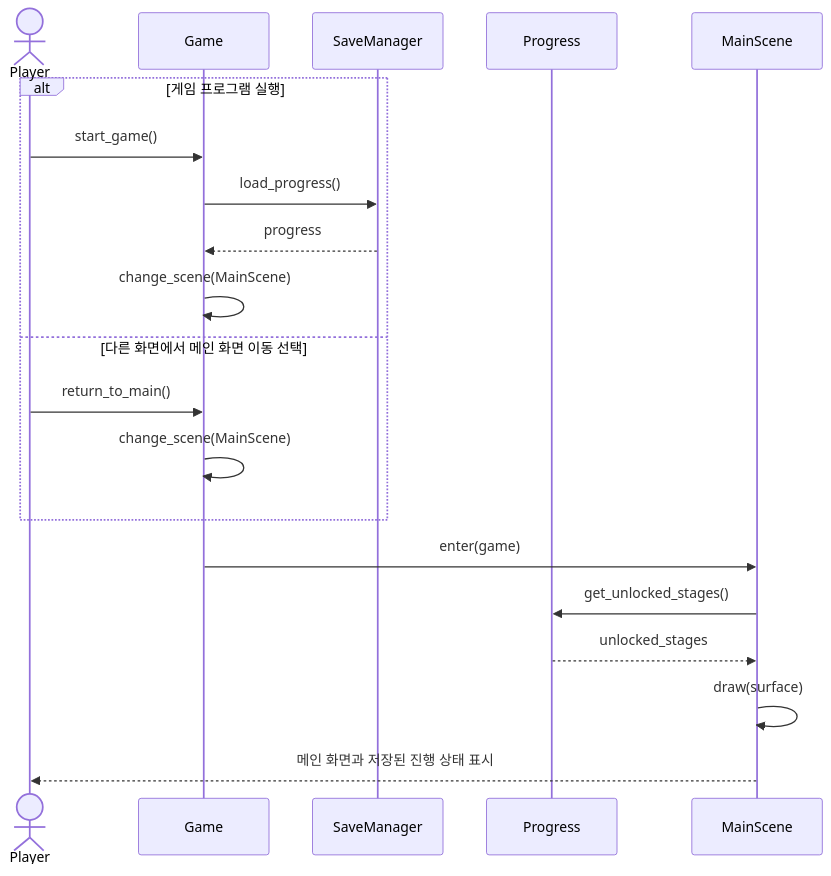
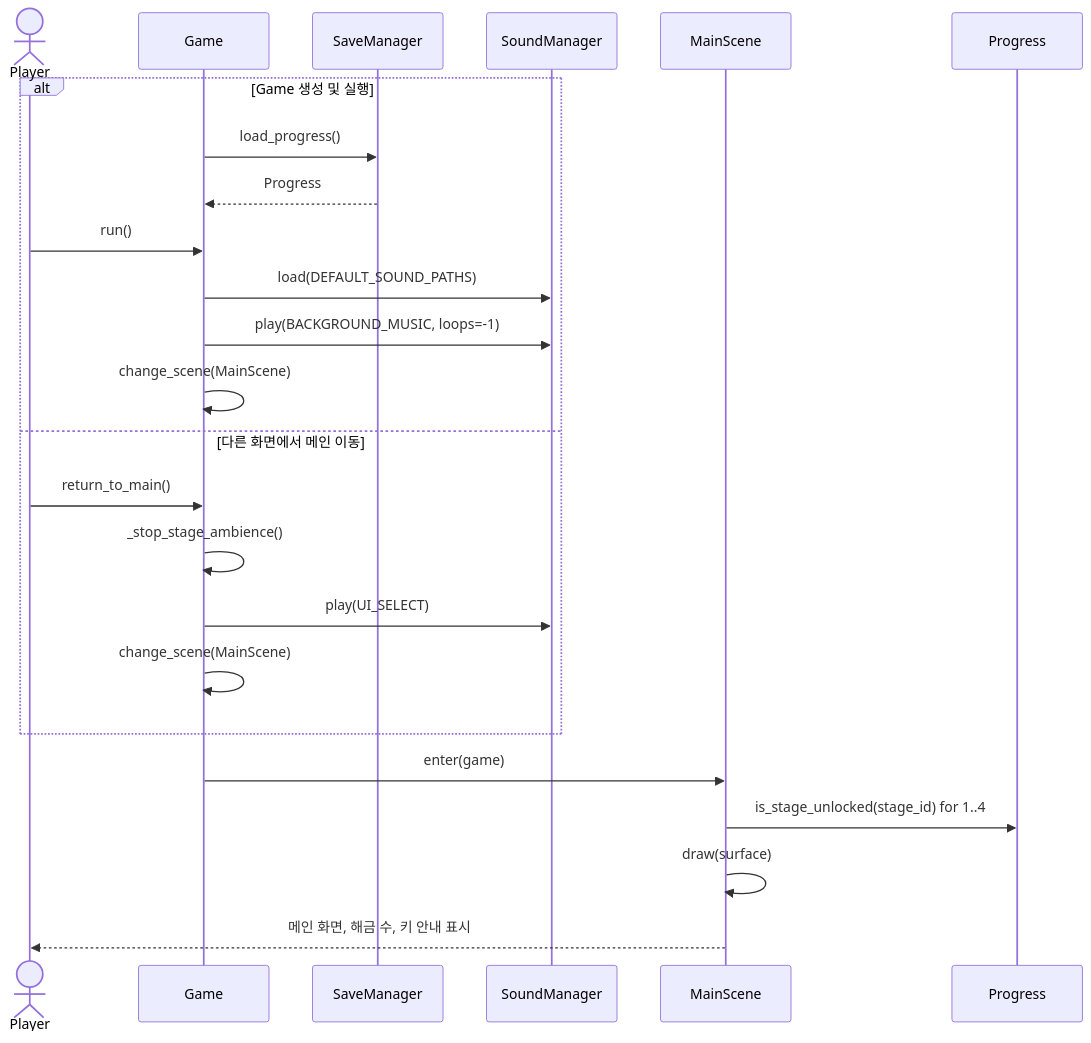
The first of 7 diagrams in doc/05_sequence_diagrams.md (wisewo/kongoose), drawn with Mermaid before and after one commit. The commit also changed other lines of this file and 33 other files, not shown here.

````diff
--- a/doc/05_sequence_diagrams.md
+++ b/doc/05_sequence_diagrams.md
@@ -33,24 +31,28 @@
 ```mermaid
 sequenceDiagram
     actor User as Player
     participant Game
     participant SaveManager
+    participant SoundManager
+    participant MainScene
     participant Progress
-    participant MainScene
 
-    alt 게임 프로그램 실행
-        User->>Game: start_game()
+    alt Game 생성 및 실행
         Game->>SaveManager: load_progress()
-        SaveManager-->>Game: progress
+        SaveManager-->>Game: Progress
+        User->>Game: run()
+        Game->>SoundManager: load(DEFAULT_SOUND_PATHS)
+        Game->>SoundManager: play(BACKGROUND_MUSIC, loops=-1)
         Game->>Game: change_scene(MainScene)
-    else 다른 화면에서 메인 화면 이동 선택
+    else 다른 화면에서 메인 이동
         User->>Game: return_to_main()
+        Game->>Game: _stop_stage_ambience()
+        Game->>SoundManager: play(UI_SELECT)
         Game->>Game: change_scene(MainScene)
     end
 
     Game->>MainScene: enter(game)
-    MainScene->>Progress: get_unlocked_stages()
-    Progress-->>MainScene: unlocked_stages
+    MainScene->>Progress: is_stage_unlocked(stage_id) for 1..4
     MainScene->>MainScene: draw(surface)
-    MainScene-->>User: 메인 화면과 저장된 진행 상태 표시
+    MainScene-->>User: 메인 화면, 해금 수, 키 안내 표시
 ```
````
